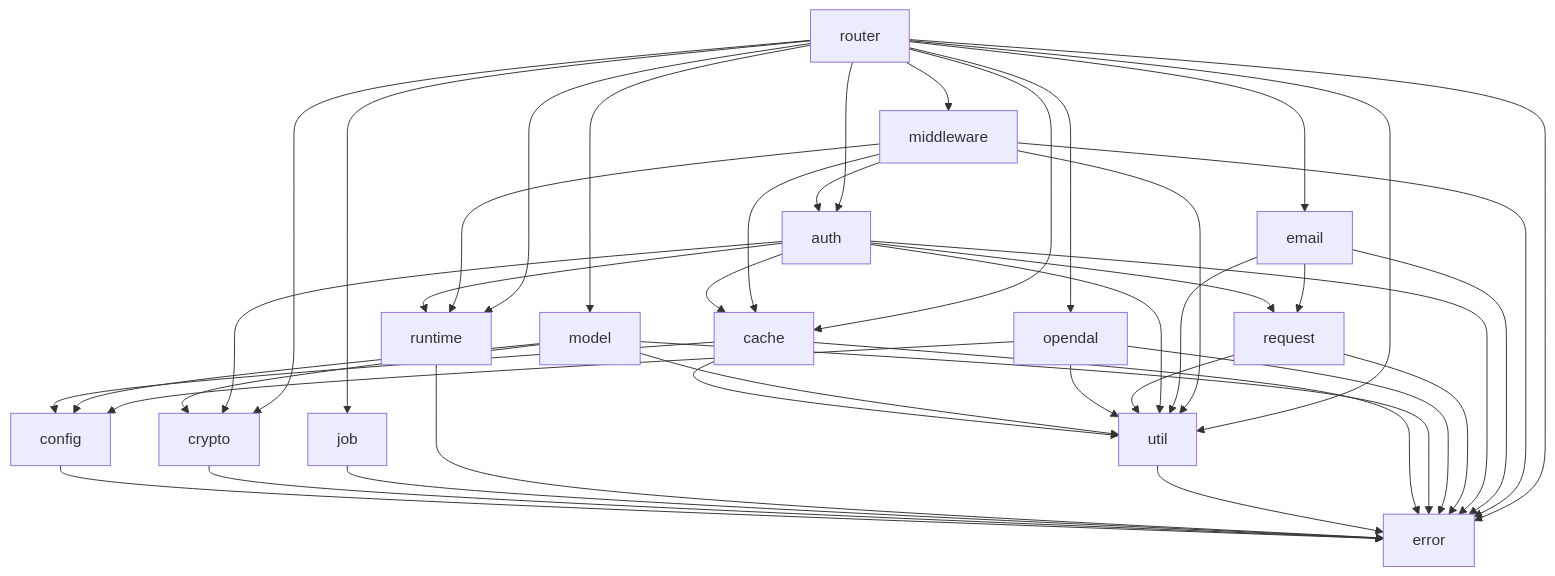
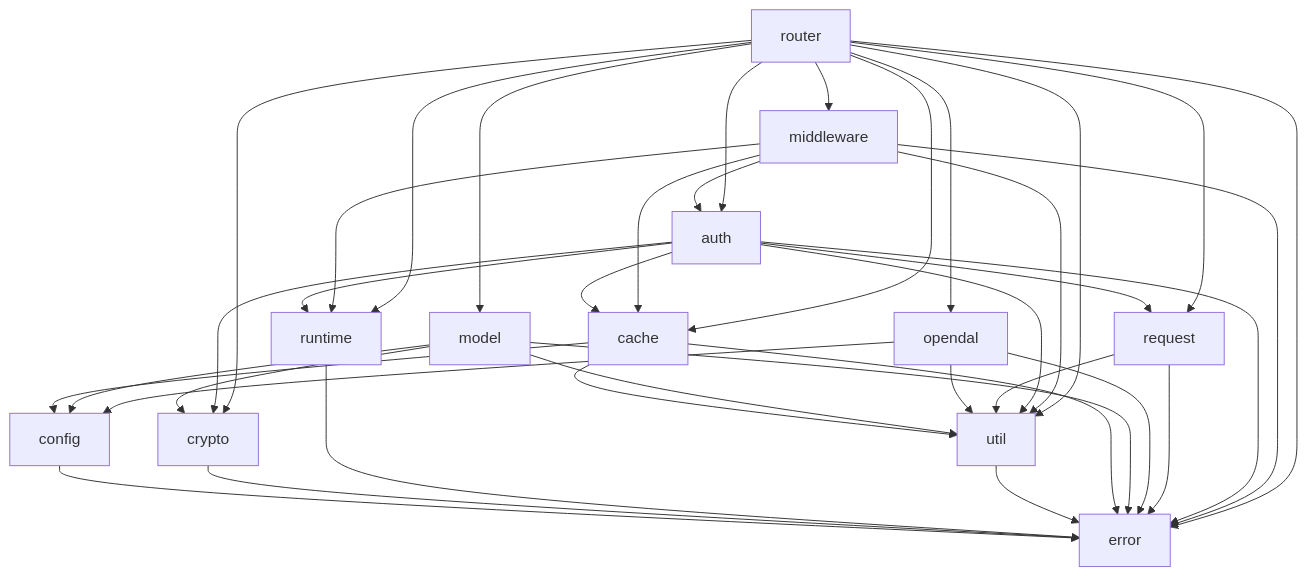
One commit to vicanso/tibba changed the diagram in docs/modules.md. Above: the diagram before and after it, drawn with Mermaid. The commit also changed 43 other files, not shown here.

````diff
--- a/docs/modules.md
+++ b/docs/modules.md
@@ -13,57 +13,50 @@
 ```mermaid
 graph TD
     config --> error
 
     crypto --> error
-
-    job --> error
 
     runtime --> error
 
     util --> error
 
     cache --> config
     cache --> error
     cache --> util
 
     model --> config
     model --> crypto
     model --> error
     model --> util
 
     opendal --> config
     opendal --> error
     opendal --> util
 
     request --> error
     request --> util
 
     auth --> cache
     auth --> crypto
     auth --> error
     auth --> request
     auth --> runtime
     auth --> util
 
-    email --> error
-    email --> request
-    email --> util
-
     middleware --> auth
     middleware --> cache
     middleware --> error
     middleware --> runtime
     middleware --> util
 
     router --> auth
     router --> cache
     router --> crypto
-    router --> email
     router --> error
-    router --> job
     router --> middleware
     router --> model
     router --> opendal
+    router --> request
     router --> runtime
     router --> util
 ```
````
